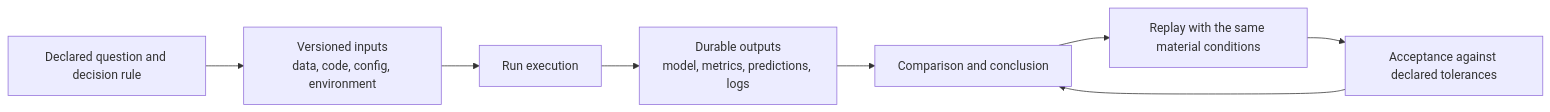
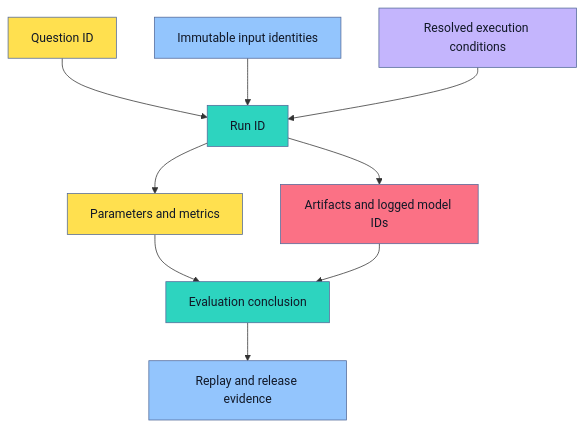
The fourth of 9 diagrams in roadmaps/mlops/modules/experiments-and-reproducibility/experiment-tracking/01-reproducible-ml-experiments.md (senlinyy/dev-roadmaps), drawn with Mermaid before and after one commit. The commit also changed other lines of this file and 198 other files, not shown here.

````diff
--- a/roadmaps/mlops/modules/experiments-and-reproducibility/experiment-tracking/01-reproducible-ml-experiments.md
+++ b/roadmaps/mlops/modules/experiments-and-reproducibility/experiment-tracking/01-reproducible-ml-experiments.md
@@ -19,10 +155,20 @@
 ```mermaid
-flowchart LR
-    Q["Declared question and decision rule"] --> I["Versioned inputs<br/>data, code, config, environment"]
-    I --> R["Run execution"]
-    R --> O["Durable outputs<br/>model, metrics, predictions, logs"]
-    O --> C["Comparison and conclusion"]
-    C --> P["Replay with the same material conditions"]
-    P --> A["Acceptance against declared tolerances"]
-    A --> C
+flowchart TD
+    A["Question ID"] --> B["Run ID"]
+    C["Immutable input identities"] --> B
+    D["Resolved execution conditions"] --> B
+    B --> E["Parameters and metrics"]
+    B --> F["Artifacts and logged model IDs"]
+    E --> G["Evaluation conclusion"]
+    F --> G
+    G --> H["Replay and release evidence"]
+
+    style A fill:#FFE04F,stroke:#536A9A,color:#111827
+    style B fill:#2DD4BF,stroke:#536A9A,color:#111827
+    style C fill:#93C5FD,stroke:#536A9A,color:#111827
+    style D fill:#C4B5FD,stroke:#536A9A,color:#111827
+    style E fill:#FFE04F,stroke:#536A9A,color:#111827
+    style F fill:#FB7185,stroke:#536A9A,color:#111827
+    style G fill:#2DD4BF,stroke:#536A9A,color:#111827
+    style H fill:#93C5FD,stroke:#536A9A,color:#111827
 ```
````
